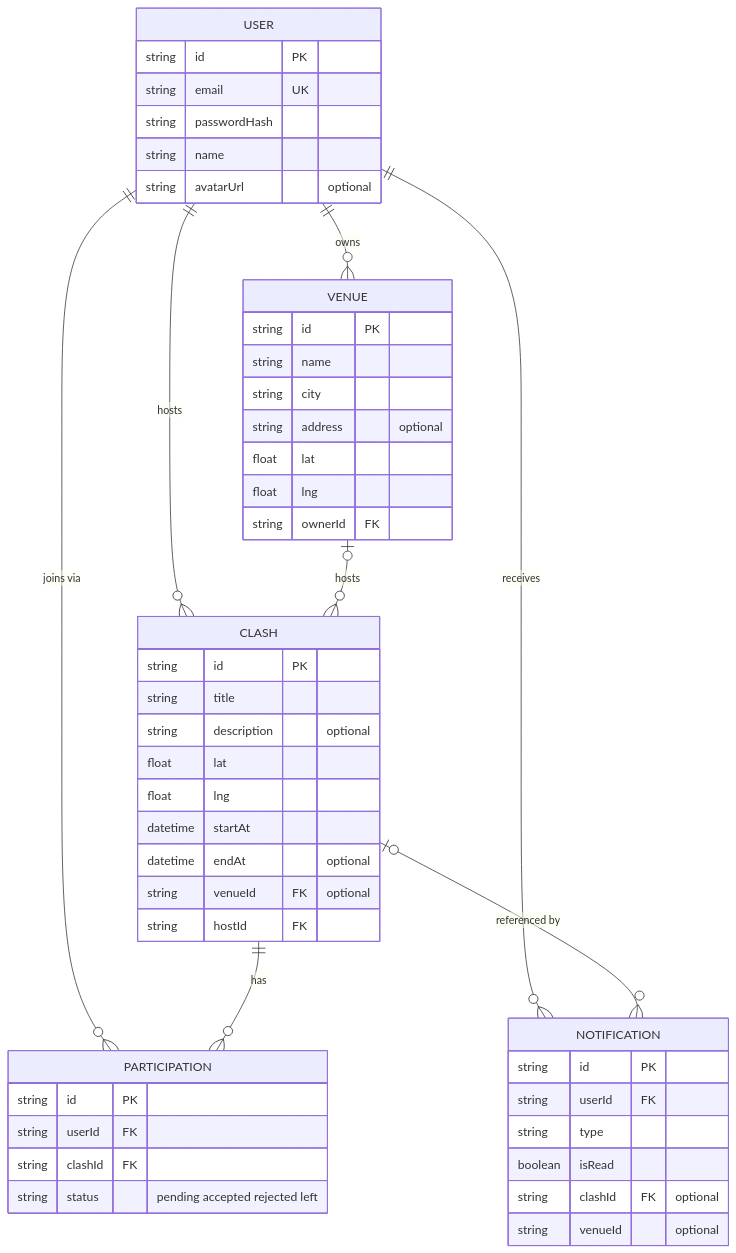
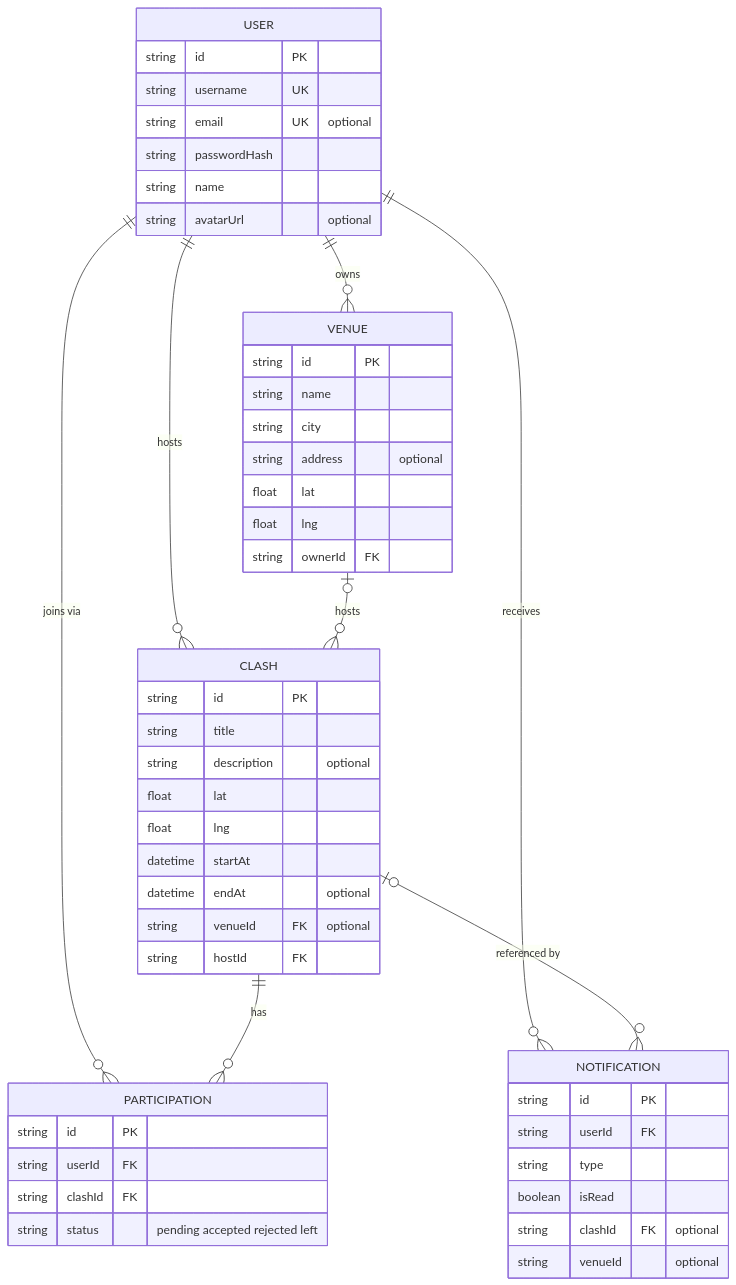
The first of 2 diagrams in entity-model.md (ImbellicusAnimo/clash), drawn with Mermaid before and after one commit. The commit also changed 21 other files, not shown here.

````diff
--- a/entity-model.md
+++ b/entity-model.md
@@ -7,52 +7,53 @@
 ```mermaid
 erDiagram
     USER ||--o{ VENUE : owns
     USER ||--o{ CLASH : hosts
     USER ||--o{ PARTICIPATION : "joins via"
     USER ||--o{ NOTIFICATION : receives
     VENUE o|--o{ CLASH : hosts
     CLASH ||--o{ PARTICIPATION : has
     CLASH o|--o{ NOTIFICATION : "referenced by"
 
     USER {
         string id PK
-        string email UK
+        string username UK
+        string email UK "optional"
         string passwordHash
         string name
         string avatarUrl "optional"
     }
     VENUE {
         string id PK
         string name
         string city
         string address "optional"
         float lat
         float lng
         string ownerId FK
     }
     CLASH {
         string id PK
         string title
         string description "optional"
         float lat
         float lng
         datetime startAt
         datetime endAt "optional"
         string venueId FK "optional"
         string hostId FK
     }
     PARTICIPATION {
         string id PK
         string userId FK
         string clashId FK
         string status "pending accepted rejected left"
     }
     NOTIFICATION {
         string id PK
         string userId FK
         string type
         boolean isRead
         string clashId FK "optional"
         string venueId "optional"
     }
 ```
````
